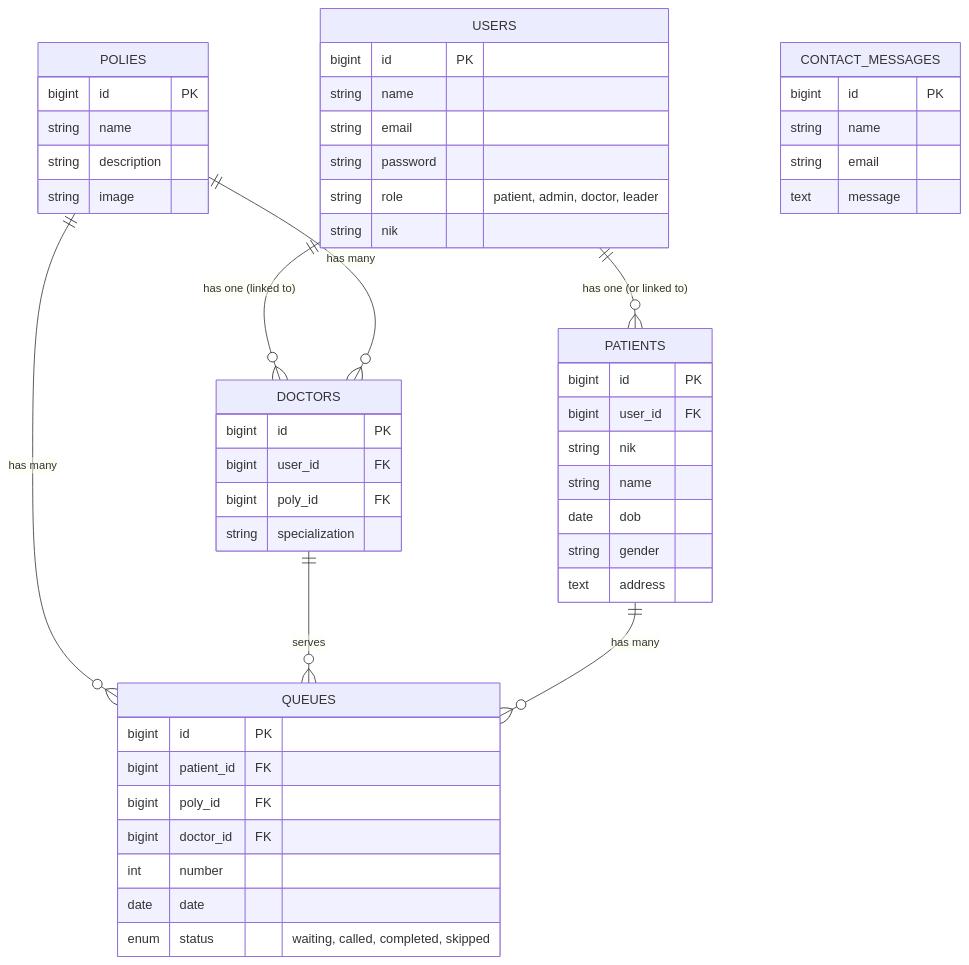
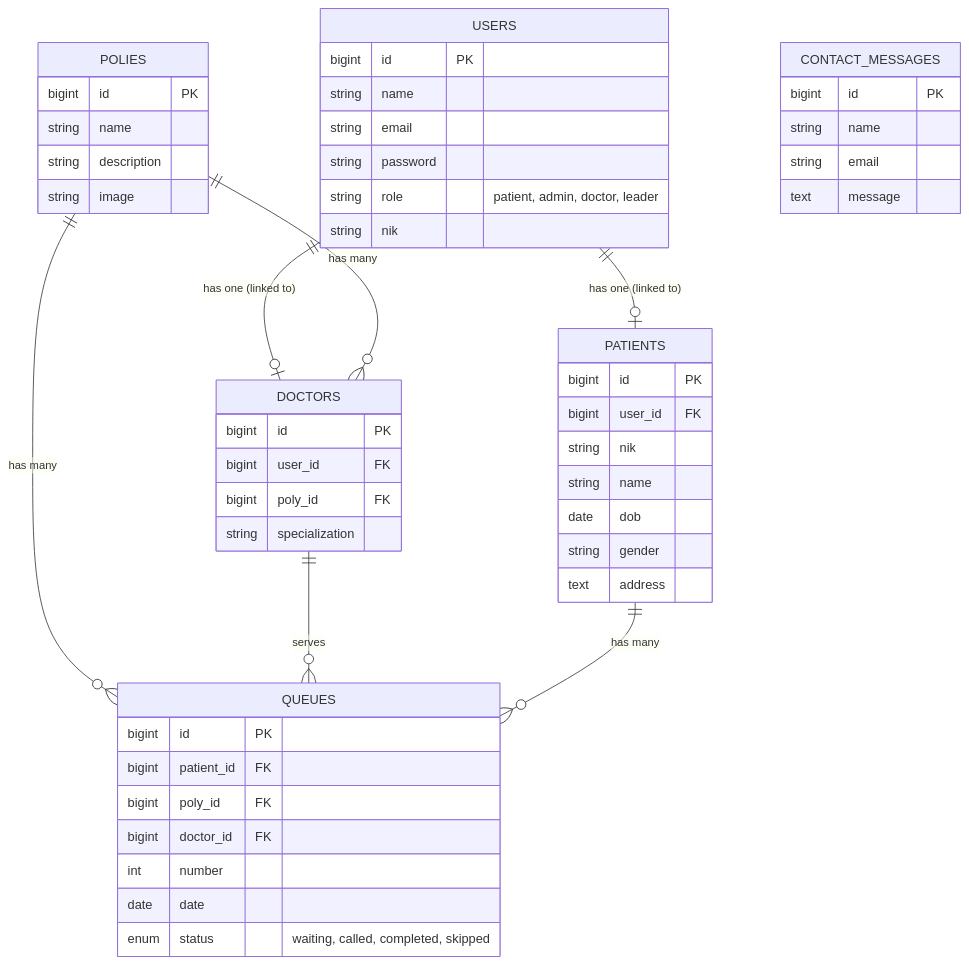
One commit to iqsanazhr/Puskesmas-Pendaftaran-dan-antrian changed the fourth of 5 diagrams in system_design.md. Above: the diagram before and after it, drawn with Mermaid. The commit also changed other lines of this file and 15 other files, not shown here.

````diff
--- a/system_design.md
+++ b/system_design.md
@@ -162,62 +163,62 @@
 ```mermaid
 erDiagram
-    USERS ||--o{ PATIENTS : "has one (or linked to)"
-    USERS ||--o{ DOCTORS : "has one (linked to)"
+    USERS ||--o| PATIENTS : "has one (linked to)"
+    USERS ||--o| DOCTORS : "has one (linked to)"
 
     POLIES ||--o{ DOCTORS : "has many"
     POLIES ||--o{ QUEUES : "has many"
 
     DOCTORS ||--o{ QUEUES : "serves"
 
     PATIENTS ||--o{ QUEUES : "has many"
 
     USERS {
         bigint id PK
         string name
         string email
         string password
         string role "patient, admin, doctor, leader"
         string nik
     }
 
     PATIENTS {
         bigint id PK
         bigint user_id FK
         string nik
         string name
         date dob
         string gender
         text address
     }
 
     DOCTORS {
         bigint id PK
         bigint user_id FK
         bigint poly_id FK
         string specialization
     }
 
     POLIES {
         bigint id PK
         string name
         string description
         string image
     }
 
     QUEUES {
         bigint id PK
         bigint patient_id FK
         bigint poly_id FK
         bigint doctor_id FK
         int number
         date date
         enum status "waiting, called, completed, skipped"
     }
 
     CONTACT_MESSAGES {
         bigint id PK
         string name
         string email
         text message
     }
 ```
````
